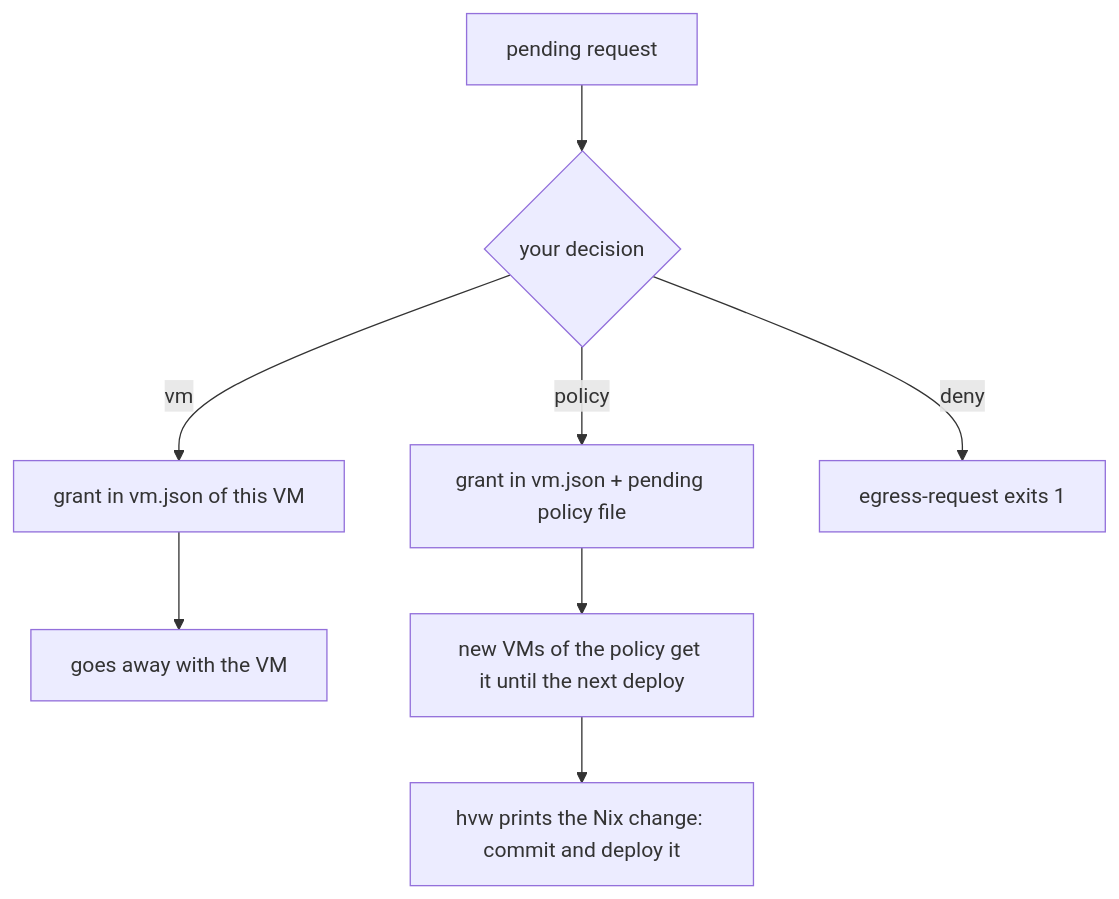
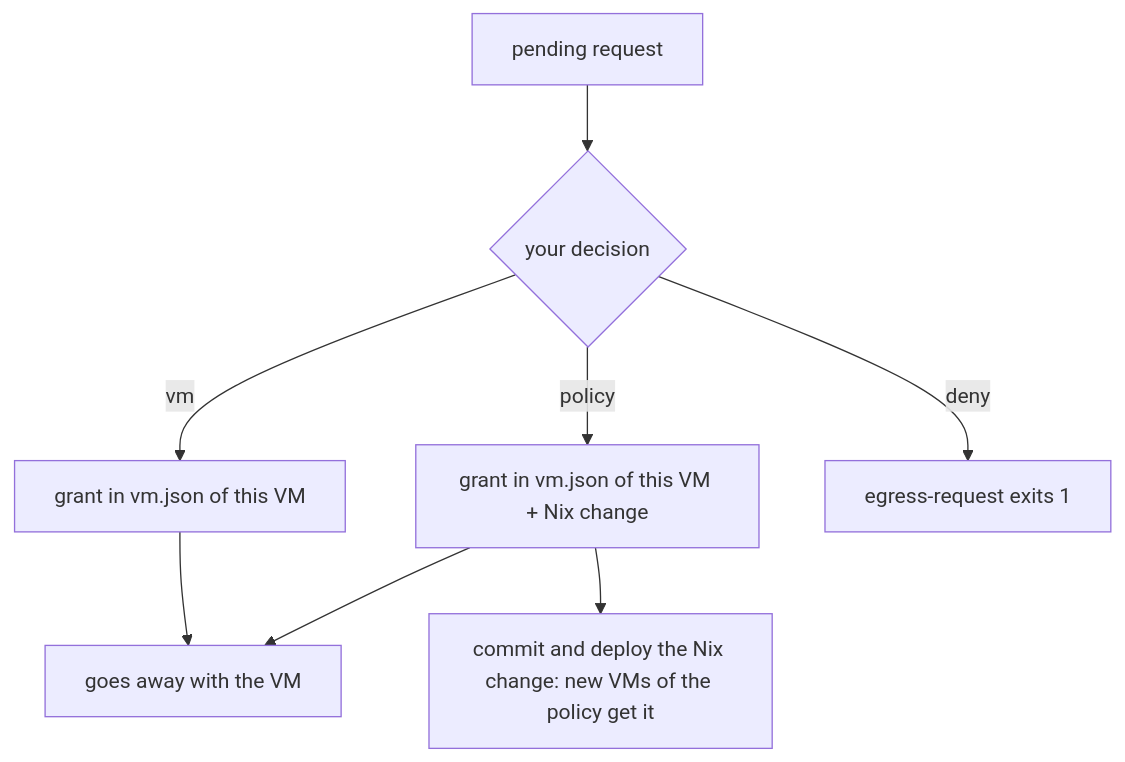
Before and after one commit to brianmcgee/herdr-vm-worktree: the second of 2 diagrams in docs/explanation/egress-escalation.md, drawn with Mermaid. The commit also changed other lines of this file and 10 other files, not shown here.

````diff
--- a/docs/explanation/egress-escalation.md
+++ b/docs/explanation/egress-escalation.md
@@ -38,10 +38,10 @@
 ```mermaid
 flowchart TD
   R[pending request] --> D{your decision}
   D -->|vm| V[grant in vm.json of this VM]
-  D -->|policy| P[grant in vm.json + pending policy file]
+  D -->|policy| P[grant in vm.json of this VM + Nix change]
   D -->|deny| X[egress-request exits 1]
   V --> E[goes away with the VM]
-  P --> N[new VMs of the policy get it until the next deploy]
-  N --> Nix[hvw prints the Nix change: commit and deploy it]
+  P --> E
+  P --> Nix[commit and deploy the Nix change: new VMs of the policy get it]
 ```
````
